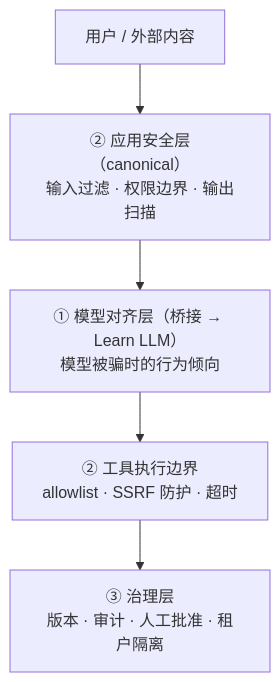
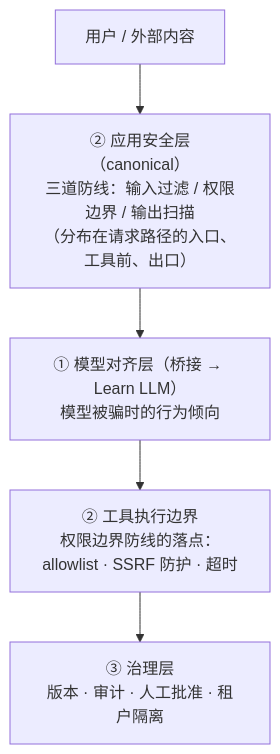
One commit to zenHeart/learn-ai changed the diagram in docs/zh/tech/08-production/security.md. Above: the diagram before and after it, drawn with Mermaid. The commit also changed other lines of this file and 67 other files, not shown here.

````diff
--- a/docs/zh/tech/08-production/security.md
+++ b/docs/zh/tech/08-production/security.md
@@ -32,7 +32,7 @@
 ```mermaid
 flowchart TB
-    U["用户 / 外部内容"] --> G1["② 应用安全层（canonical）<br/>输入过滤 · 权限边界 · 输出扫描"]
+    U["用户 / 外部内容"] --> G1["② 应用安全层（canonical）<br/>三道防线：输入过滤 / 权限边界 / 输出扫描<br/>（分布在请求路径的入口、工具前、出口）"]
     G1 --> M["① 模型对齐层（桥接 → Learn LLM）<br/>模型被骗时的行为倾向"]
-    M --> G2["② 工具执行边界<br/>allowlist · SSRF 防护 · 超时"]
+    M --> G2["② 工具执行边界<br/>权限边界防线的落点：allowlist · SSRF 防护 · 超时"]
     G2 --> G3["③ 治理层<br/>版本 · 审计 · 人工批准 · 租户隔离"]
 ```
````
